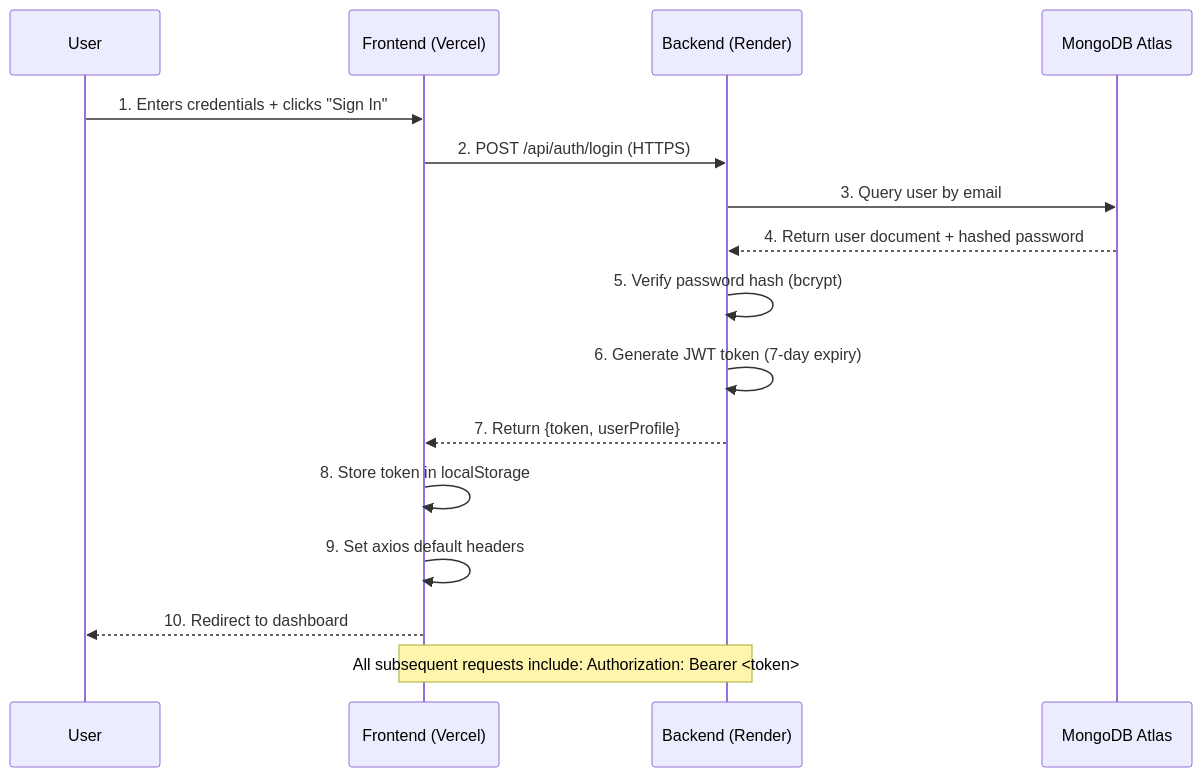
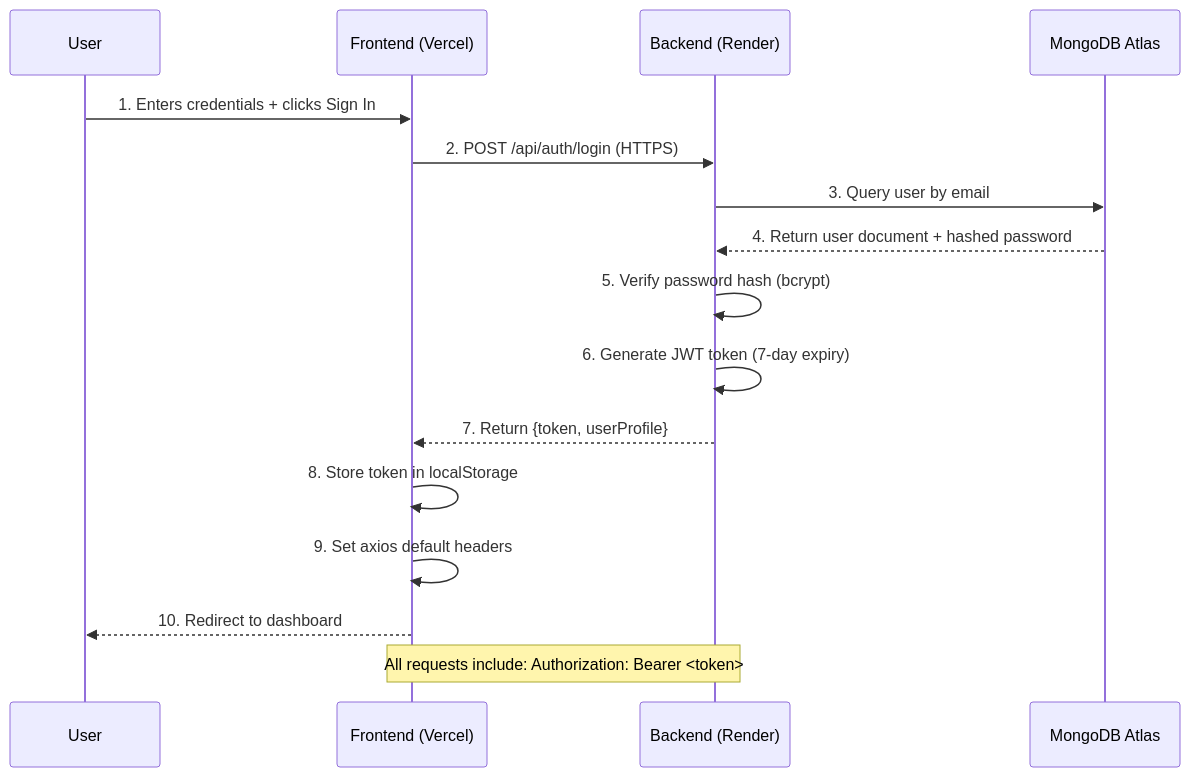
One commit to satvik-sharma-05/SE changed the first of 8 diagrams in README.md. Above: the diagram before and after it, drawn with Mermaid. The commit also changed other lines of this file, not shown here.

````diff
--- a/README.md
+++ b/README.md
@@ -73,19 +79,19 @@
 ```mermaid
 sequenceDiagram
     participant U as User
     participant F as Frontend (Vercel)
     participant B as Backend (Render)
     participant DB as MongoDB Atlas
 
-    U->>F: 1. Enters credentials + clicks "Sign In"
+    U->>F: 1. Enters credentials + clicks Sign In
     F->>B: 2. POST /api/auth/login (HTTPS)
     B->>DB: 3. Query user by email
     DB-->>B: 4. Return user document + hashed password
     B->>B: 5. Verify password hash (bcrypt)
     B->>B: 6. Generate JWT token (7-day expiry)
     B-->>F: 7. Return {token, userProfile}
     F->>F: 8. Store token in localStorage
     F->>F: 9. Set axios default headers
     F-->>U: 10. Redirect to dashboard
-    Note over F,B: All subsequent requests include: Authorization: Bearer <token>
+    Note over F,B: All requests include: Authorization: Bearer <token>
 ```
````
